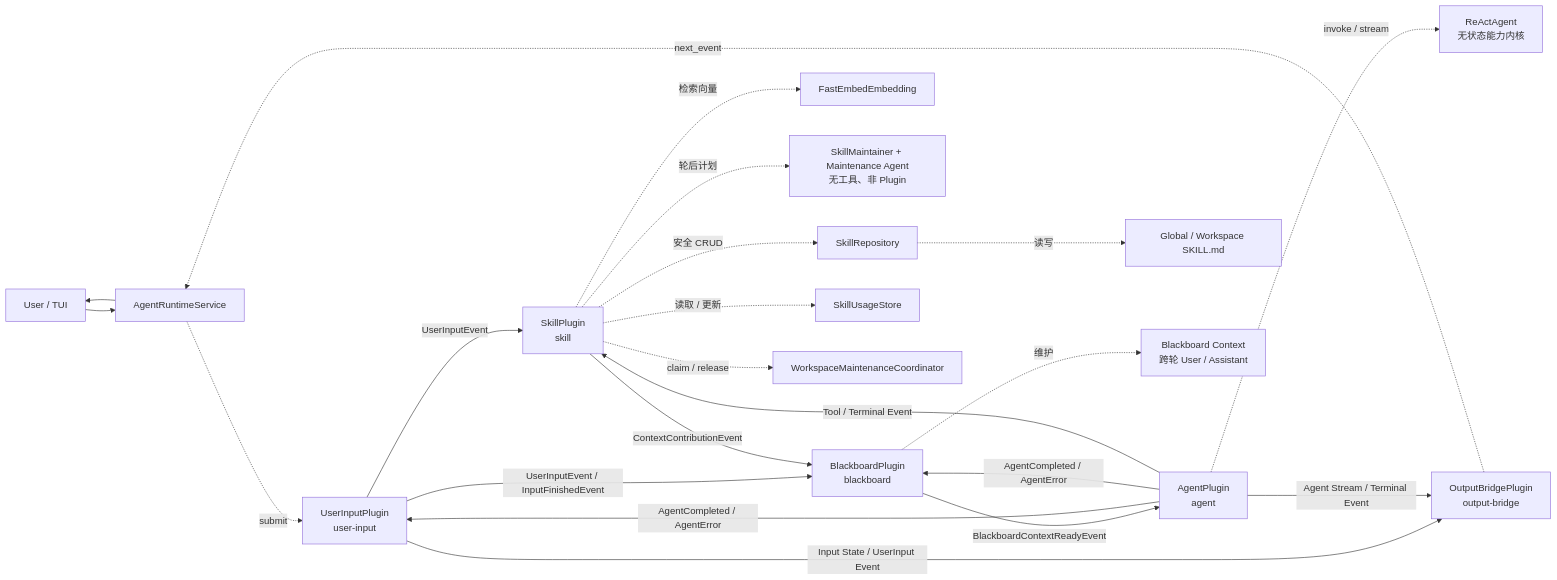
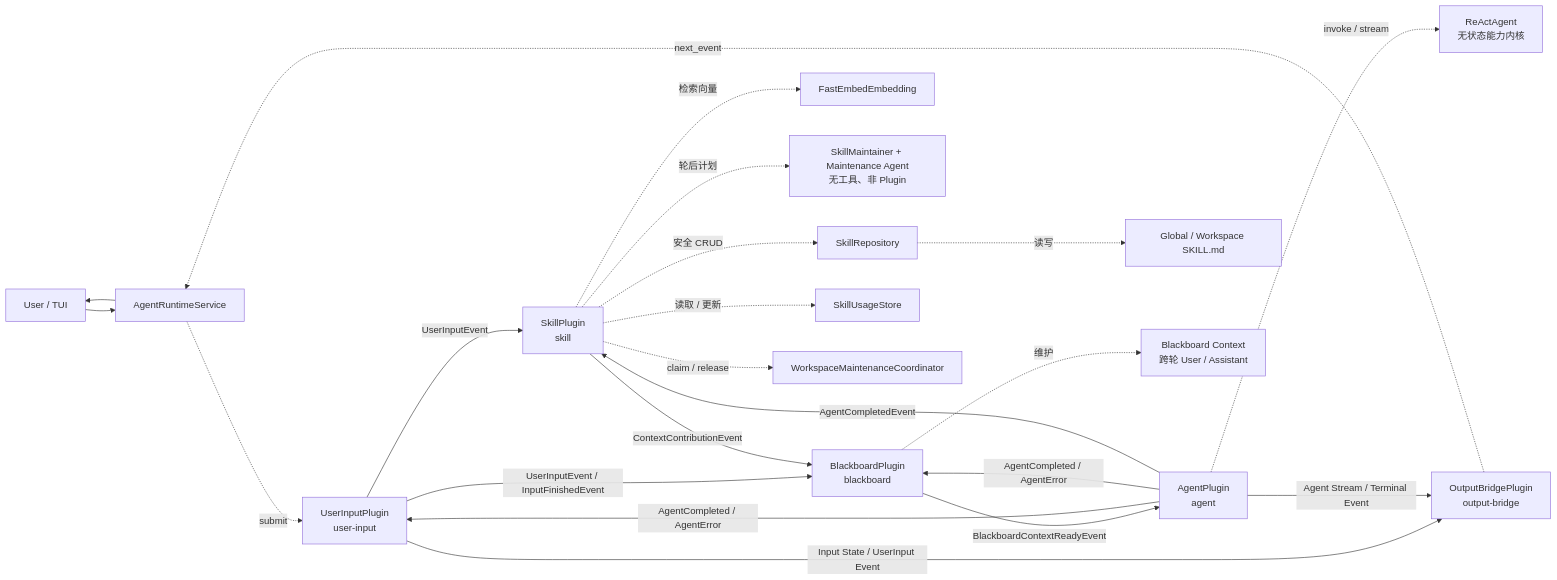
One commit to Removel/Icarus changed the first of 4 diagrams in apps/agent/docs/arch/plugin-event-flow-current-state.md. Above: the diagram before and after it, drawn with Mermaid. The commit also changed other lines of this file and 1 other file, not shown here.

Commit message:
docs(agent): align current skill event flow

````diff
--- a/apps/agent/docs/arch/plugin-event-flow-current-state.md
+++ b/apps/agent/docs/arch/plugin-event-flow-current-state.md
@@ -80,47 +80,47 @@
 ```mermaid
 flowchart LR
     User["User / TUI"]
     Service["AgentRuntimeService"]
 
     U["UserInputPlugin\nuser-input"]
     S["SkillPlugin\nskill"]
     B["BlackboardPlugin\nblackboard"]
     A["AgentPlugin\nagent"]
     O["OutputBridgePlugin\noutput-bridge"]
 
     ReAct["ReActAgent\n无状态能力内核"]
     Embed["FastEmbedEmbedding"]
     Maintainer["SkillMaintainer + Maintenance Agent\n无工具、非 Plugin"]
     Repo["SkillRepository"]
     Usage["SkillUsageStore"]
     Coord["WorkspaceMaintenanceCoordinator"]
     Files["Global / Workspace SKILL.md"]
     History["Blackboard Context\n跨轮 User / Assistant"]
 
     User --> Service
     Service -. "submit" .-> U
 
     U -- "UserInputEvent" --> S
     U -- "UserInputEvent / InputFinishedEvent" --> B
     U -- "Input State / UserInput Event" --> O
 
     S -- "ContextContributionEvent" --> B
     B -- "BlackboardContextReadyEvent" --> A
 
     A -- "AgentCompleted / AgentError" --> U
     A -- "AgentCompleted / AgentError" --> B
-    A -- "Tool / Terminal Event" --> S
+    A -- "AgentCompletedEvent" --> S
     A -- "Agent Stream / Terminal Event" --> O
 
     O -. "next_event" .-> Service
     Service --> User
 
     A -. "invoke / stream" .-> ReAct
     B -. "维护" .-> History
     S -. "检索向量" .-> Embed
     S -. "读取 / 更新" .-> Usage
     S -. "claim / release" .-> Coord
     S -. "轮后计划" .-> Maintainer
     S -. "安全 CRUD" .-> Repo
     Repo -. "读写" .-> Files
 ```
````
